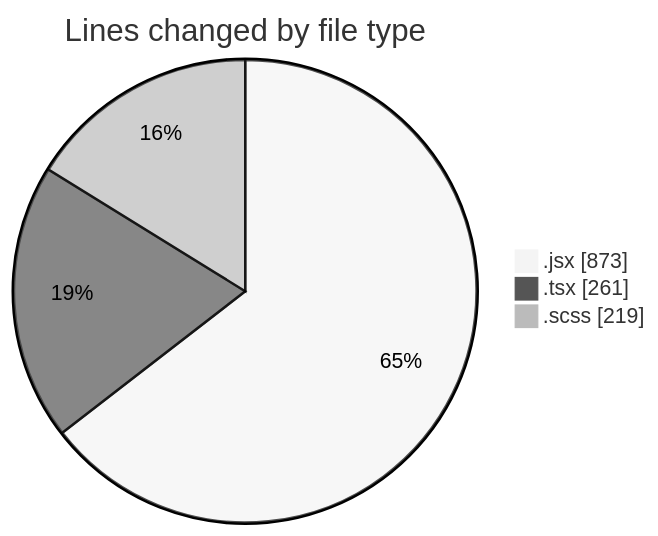
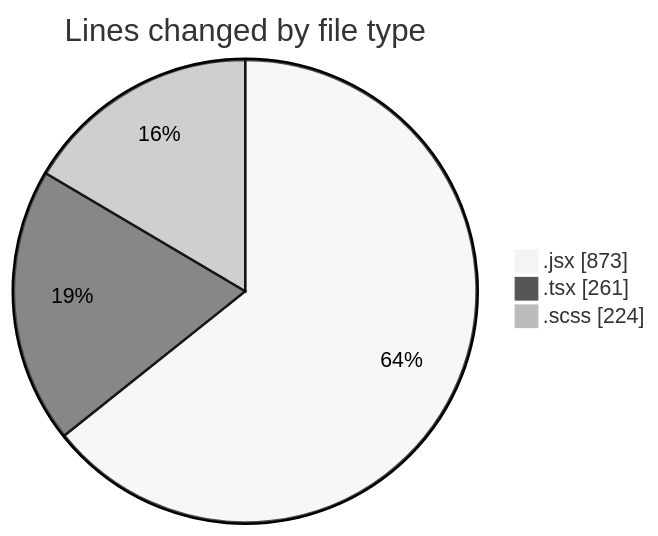
The first of 2 diagrams in 2026-02-11/cda/README.md (momahboobian/code-tracking), drawn with Mermaid (neutral theme) before and after one commit. The commit also changed other lines of this file and 1 other file, not shown here.

````diff
--- a/2026-02-11/cda/README.md
+++ b/2026-02-11/cda/README.md
@@ -25,7 +25,7 @@
 ```mermaid
 pie showData
 title Lines changed by file type
 ".jsx" : 873
 ".tsx" : 261
-".scss" : 219
+".scss" : 224
 ```
````
